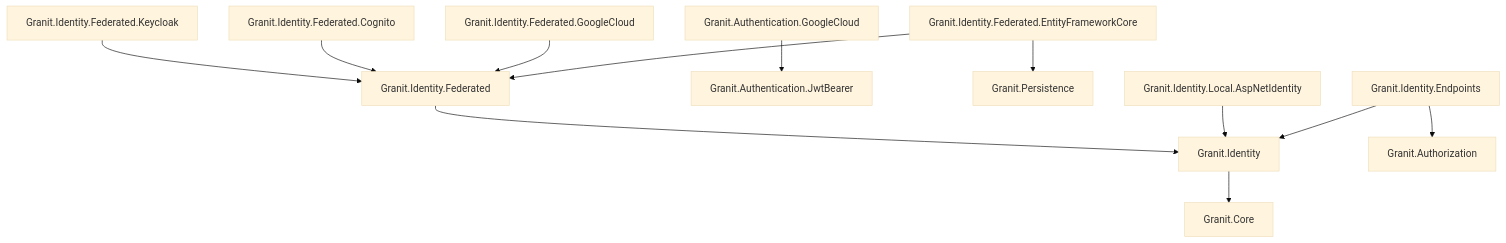
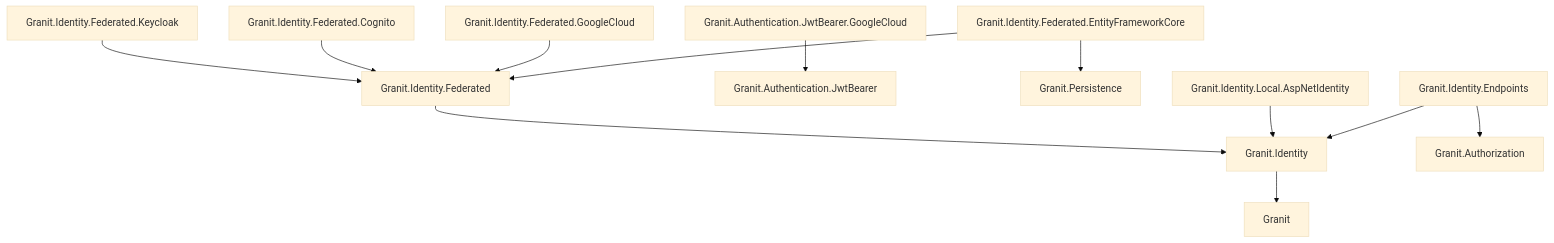
The first of 2 diagrams in docs-site/src/content/docs/dotnet/security/identity.mdx (granit-fx/granit-dotnet), drawn with Mermaid (base theme) before and after one commit. The commit also changed other lines of this file and 153 other files, not shown here.

````diff
--- a/docs-site/src/content/docs/dotnet/security/identity.mdx
+++ b/docs-site/src/content/docs/dotnet/security/identity.mdx
@@ -44,14 +44,14 @@
 ```mermaid
 graph TD
-    I[Granit.Identity] --> C[Granit.Core]
+    I[Granit.Identity] --> C[Granit]
     IF[Granit.Identity.Federated] --> I
     IK[Granit.Identity.Federated.Keycloak] --> IF
     IC[Granit.Identity.Federated.Cognito] --> IF
     IGC[Granit.Identity.Federated.GoogleCloud] --> IF
-    AGC[Granit.Authentication.GoogleCloud] --> JB[Granit.Authentication.JwtBearer]
+    AGC[Granit.Authentication.JwtBearer.GoogleCloud] --> JB[Granit.Authentication.JwtBearer]
     IEF[Granit.Identity.Federated.EntityFrameworkCore] --> IF
     IEF --> P[Granit.Persistence]
     ILA[Granit.Identity.Local.AspNetIdentity] --> I
     IE[Granit.Identity.Endpoints] --> I
     IE --> AZ[Granit.Authorization]
 ```
````
